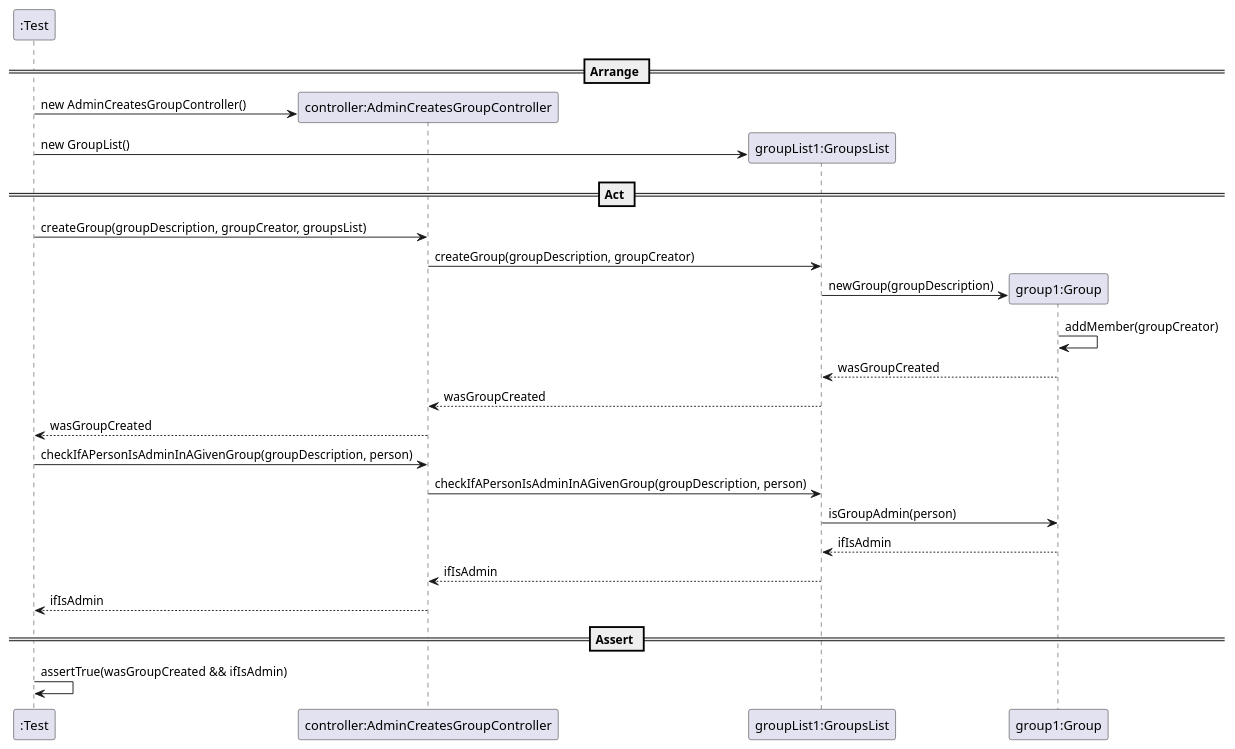
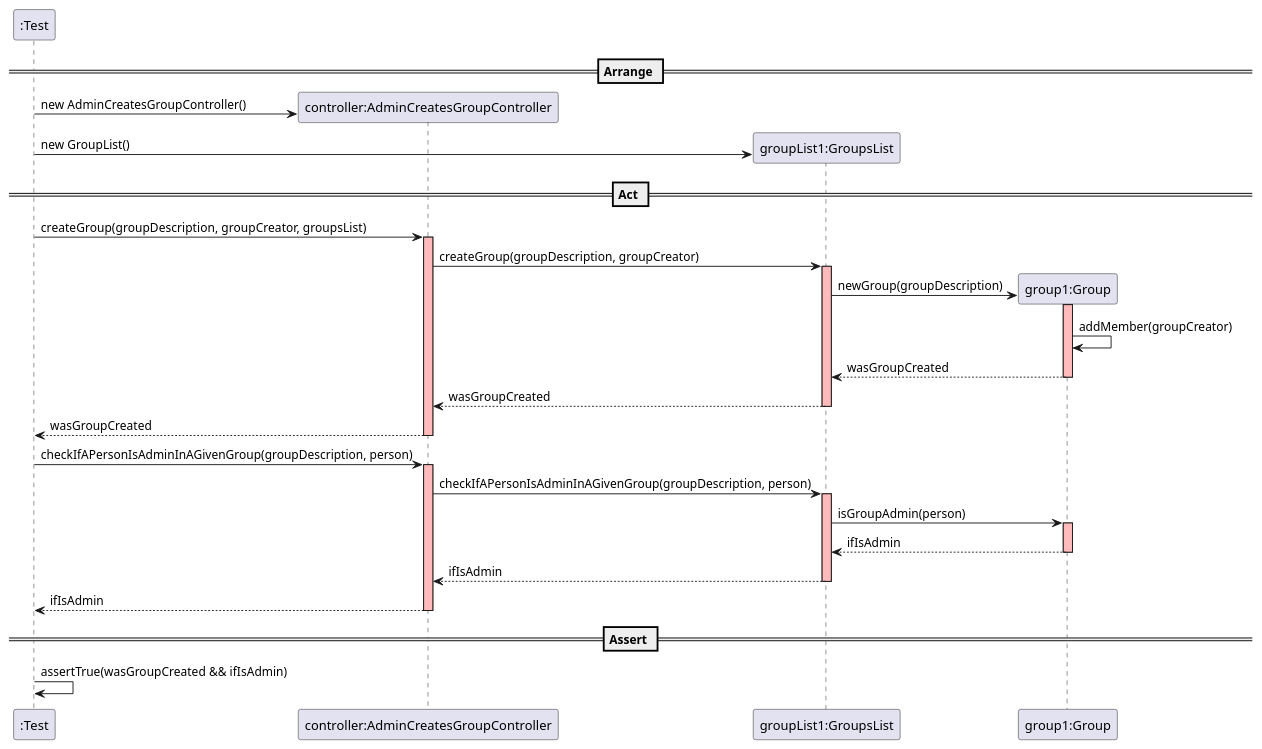
One commit to mleitaoribeiro/DevOpsMaven changed the diagram in docs/SequenceDiagram - US002.1.puml. Above: the diagram before and after it, drawn with PlantUML.

Commit message:
ref #495: US002.1 Sequence Diagram - Corrections

```diff
--- a/docs/SequenceDiagram - US002.1.puml
+++ b/docs/SequenceDiagram - US002.1.puml
@@ -1,34 +1,45 @@
 @startuml
 
 create ":Test"
 
 == Arrange ==
 create "controller:AdminCreatesGroupController"
 ":Test" -> "controller:AdminCreatesGroupController" : new AdminCreatesGroupController()
 
 create "groupList1:GroupsList"
 ":Test" -> "groupList1:GroupsList" : new GroupList()
 
 == Act ==
 
 ":Test" -> "controller:AdminCreatesGroupController" : createGroup(groupDescription, groupCreator, groupsList)
+activate "controller:AdminCreatesGroupController" #FFBBBB
 "controller:AdminCreatesGroupController" -> "groupList1:GroupsList" : createGroup(groupDescription, groupCreator)
 create "group1:Group"
+activate "groupList1:GroupsList" #FFBBBB
 "groupList1:GroupsList" -> "group1:Group": newGroup(groupDescription)
+activate "group1:Group" #FFBBBB
 "group1:Group" ->"group1:Group": addMember(groupCreator)
 "group1:Group" -->"groupList1:GroupsList": wasGroupCreated
+deactivate "group1:Group" #FFBBBB
 "groupList1:GroupsList" --> "controller:AdminCreatesGroupController": wasGroupCreated
+deactivate "groupList1:GroupsList" #FFBBBB
 "controller:AdminCreatesGroupController" --> ":Test": wasGroupCreated
+deactivate "controller:AdminCreatesGroupController" #FFBBBB
 
 ":Test" -> "controller:AdminCreatesGroupController" : checkIfAPersonIsAdminInAGivenGroup(groupDescription, person)
+activate "controller:AdminCreatesGroupController" #FFBBBB
 "controller:AdminCreatesGroupController" -> "groupList1:GroupsList" : checkIfAPersonIsAdminInAGivenGroup(groupDescription, person)
+activate "groupList1:GroupsList" #FFBBBB
 "groupList1:GroupsList" -> "group1:Group" : isGroupAdmin(person)
+activate "group1:Group" #FFBBBB
 "group1:Group" -->"groupList1:GroupsList": ifIsAdmin
+deactivate "group1:Group" #FFBBBB
 "groupList1:GroupsList" --> "controller:AdminCreatesGroupController": ifIsAdmin
+deactivate "groupList1:GroupsList" #FFBBBB
 "controller:AdminCreatesGroupController" --> ":Test": ifIsAdmin
-
+deactivate "controller:AdminCreatesGroupController" #FFBBBB
 == Assert ==
 
 ":Test" -> ":Test" : assertTrue(wasGroupCreated && ifIsAdmin)
 
 @enduml
```
